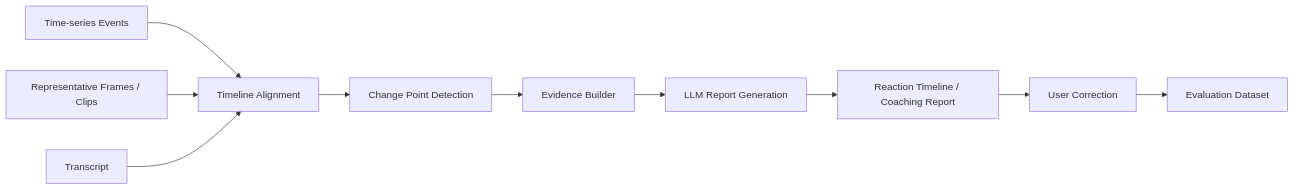
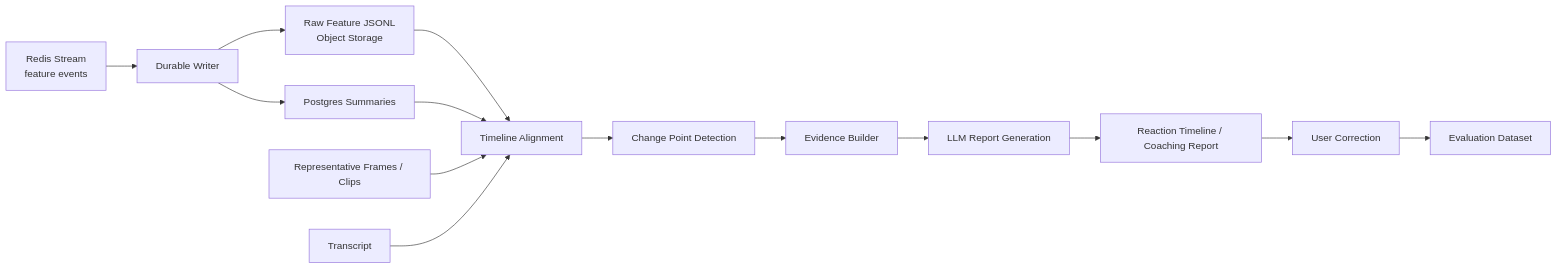
Before and after one commit to k-kanke/reaction-engine: the sixth of 6 diagrams in plan/1st-plan.md, drawn with Mermaid. The commit also changed other lines of this file and 2 other files, not shown here.

````diff
--- a/plan/1st-plan.md
+++ b/plan/1st-plan.md
@@ -310,23 +392,30 @@
 ```mermaid
 flowchart LR
-  events["Time-series Events"]
+  stream["Redis Stream<br/>feature events"]
+  writer["Durable Writer"]
+  events["Raw Feature JSONL<br/>Object Storage"]
+  summaries["Postgres Summaries"]
   media["Representative Frames / Clips"]
   transcript["Transcript"]
   align["Timeline Alignment"]
   change["Change Point Detection"]
   evidence["Evidence Builder"]
   llm["LLM Report Generation"]
   report["Reaction Timeline / Coaching Report"]
   feedback["User Correction"]
   eval["Evaluation Dataset"]
 
+  stream --> writer
+  writer --> events
+  writer --> summaries
   events --> align
+  summaries --> align
   media --> align
   transcript --> align
   align --> change
   change --> evidence
   evidence --> llm
   llm --> report
   report --> feedback
   feedback --> eval
 ```
````
